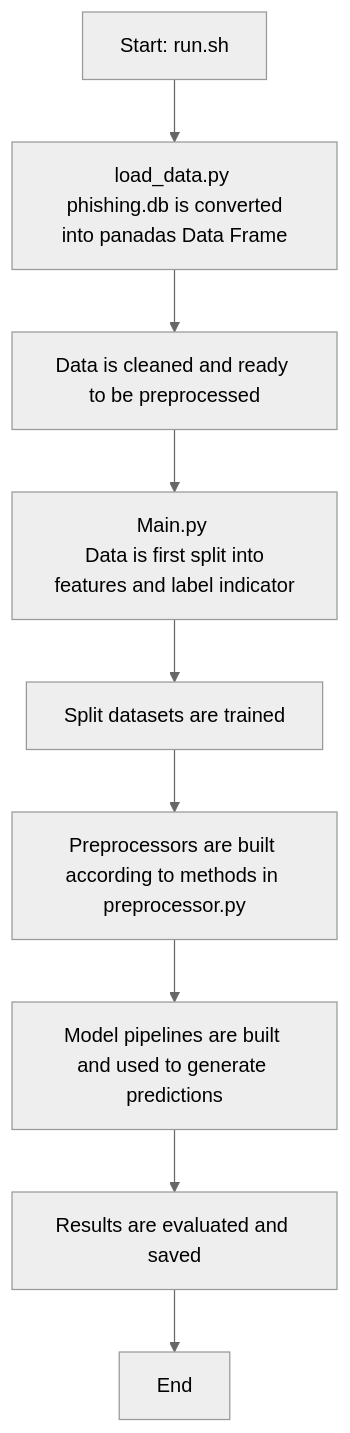
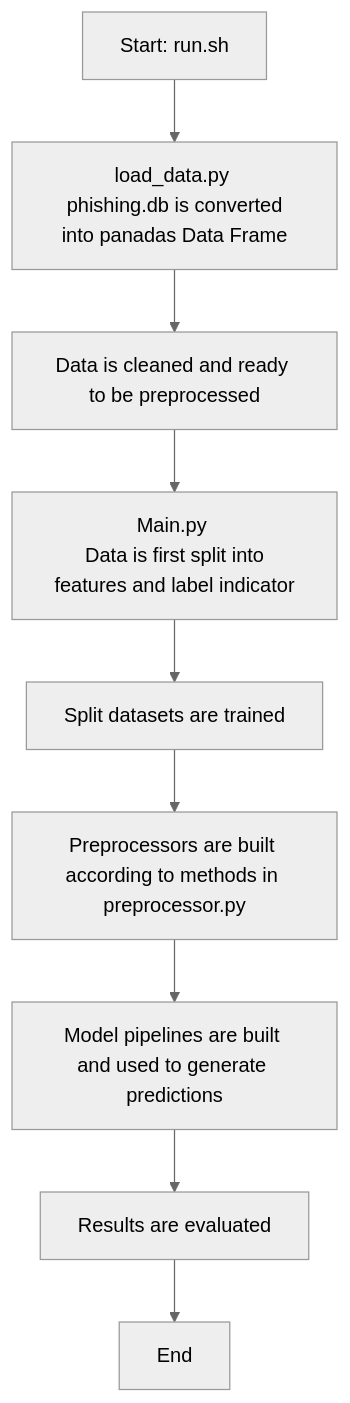
The diagram in README.md (Ryan-cmd12/aiip8-Soh-Yong-Kai-Ryan-715F), drawn with Mermaid (neutral theme) before and after one commit.

Commit message:
Update results evaluation description in README
Removed 'and saved' from results evaluation step.

````diff
--- a/README.md
+++ b/README.md
@@ -43,11 +43,11 @@
 ```mermaid
 flowchart TD;
     A[Start: run.sh] --> B[load_data.py <br/> phishing.db is converted into panadas Data Frame]
     B --> C[Data is cleaned and ready to be preprocessed]
     C --> D[Main.py <br/> Data is first split into features and label indicator]
     D --> E[Split datasets are trained]
     E --> F[Preprocessors are built according to methods in preprocessor.py]
     F --> G[Model pipelines are built and used to generate predictions]
-    G --> H[Results are evaluated and saved]
+    G --> H[Results are evaluated]
     H --> I[End]
 ```
````
